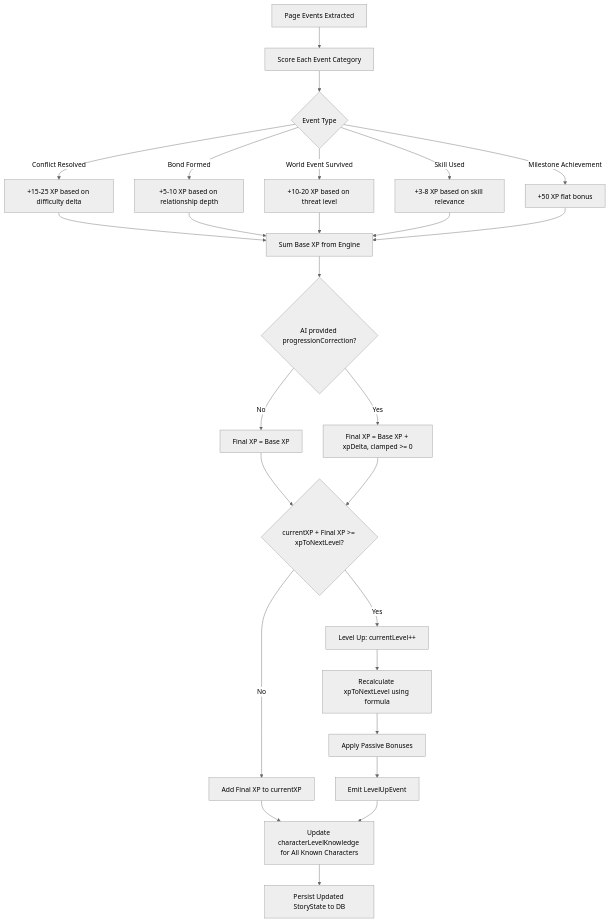
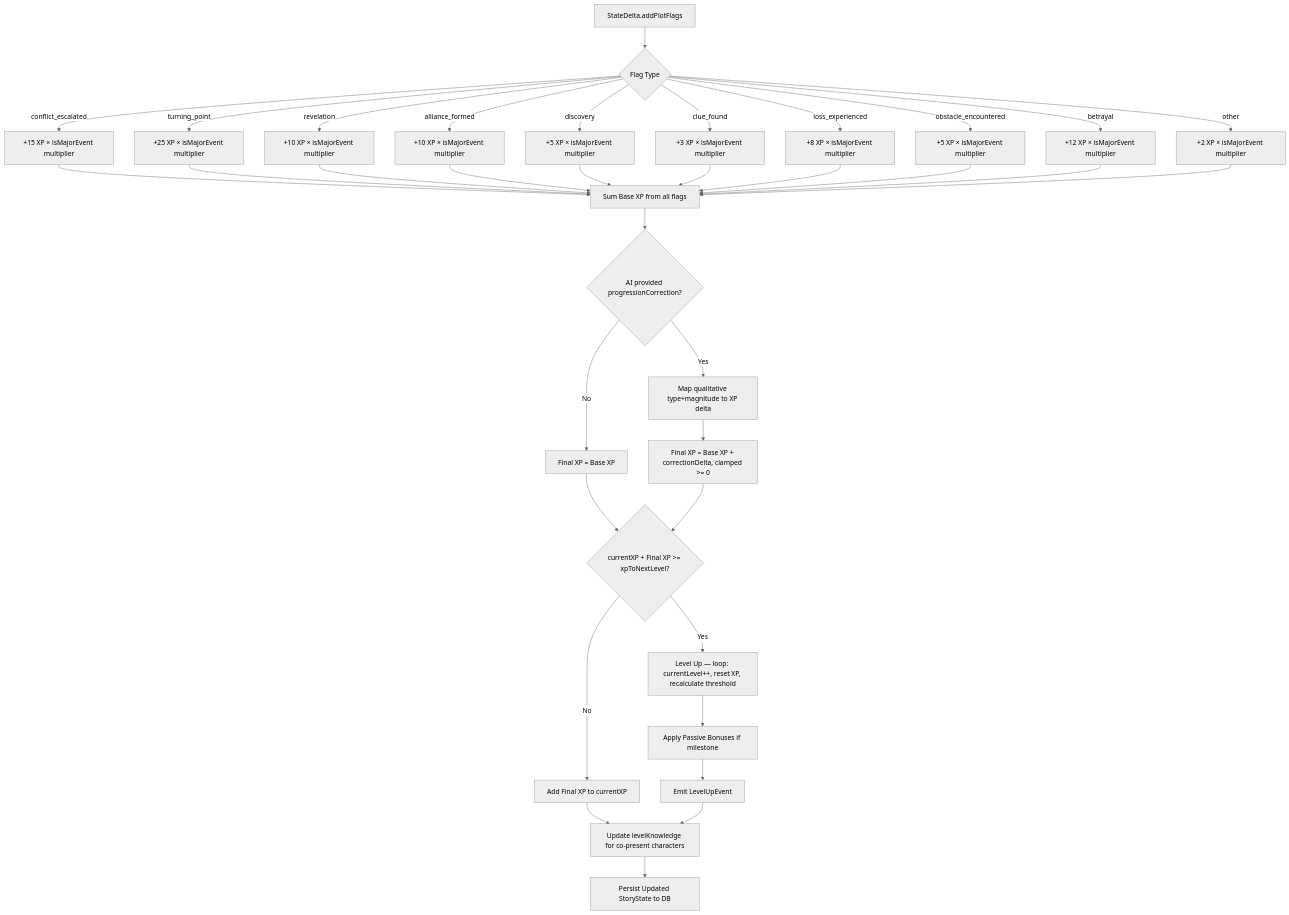
The second of 4 diagrams in docs/roadmap/CHARACTER_LEVELING_SYSTEM_ROADMAP.md (txufiknr/Twistloom-backend), drawn with Mermaid (neutral theme) before and after one commit. The commit also changed other lines of this file and 7 other files, not shown here.

````diff
--- a/docs/roadmap/CHARACTER_LEVELING_SYSTEM_ROADMAP.md
+++ b/docs/roadmap/CHARACTER_LEVELING_SYSTEM_ROADMAP.md
@@ -184,28 +207,37 @@
 ```mermaid
 flowchart TD
-    A[Page Events Extracted] --> B[Score Each Event Category]
-    B --> C{Event Type}
-    C -->|Conflict Resolved| D[+15-25 XP based on difficulty delta]
-    C -->|Bond Formed| E[+5-10 XP based on relationship depth]
-    C -->|World Event Survived| F[+10-20 XP based on threat level]
-    C -->|Skill Used| G[+3-8 XP based on skill relevance]
-    C -->|Milestone Achievement| H[+50 XP flat bonus]
-    D --> I[Sum Base XP from Engine]
-    E --> I
-    F --> I
-    G --> I
-    H --> I
-    I --> J{AI provided progressionCorrection?}
-    J -->|No| K[Final XP = Base XP]
-    J -->|Yes| L[Final XP = Base XP + xpDelta, clamped >= 0]
-    K --> M{currentXP + Final XP >= xpToNextLevel?}
+    A[StateDelta.addPlotFlags] --> B{Flag Type}
+    B -->|conflict_escalated| C[+15 XP × isMajorEvent multiplier]
+    B -->|turning_point| D[+25 XP × isMajorEvent multiplier]
+    B -->|revelation| E[+10 XP × isMajorEvent multiplier]
+    B -->|alliance_formed| F[+10 XP × isMajorEvent multiplier]
+    B -->|discovery| G[+5 XP × isMajorEvent multiplier]
+    B -->|clue_found| H[+3 XP × isMajorEvent multiplier]
+    B -->|loss_experienced| I[+8 XP × isMajorEvent multiplier]
+    B -->|obstacle_encountered| J[+5 XP × isMajorEvent multiplier]
+    B -->|betrayal| K[+12 XP × isMajorEvent multiplier]
+    B -->|other| L[+2 XP × isMajorEvent multiplier]
+    C --> M[Sum Base XP from all flags]
+    D --> M
+    E --> M
+    F --> M
+    G --> M
+    H --> M
+    I --> M
+    J --> M
+    K --> M
     L --> M
-    M -->|No| N[Add Final XP to currentXP]
-    M -->|Yes| O[Level Up: currentLevel++]
-    O --> P[Recalculate xpToNextLevel using formula]
-    P --> Q[Apply Passive Bonuses]
-    Q --> R[Emit LevelUpEvent]
-    N --> S[Update characterLevelKnowledge for All Known Characters]
-    R --> S
-    S --> T[Persist Updated StoryState to DB]
+    M --> N{AI provided progressionCorrection?}
+    N -->|No| O[Final XP = Base XP]
+    N -->|Yes| P[Map qualitative type+magnitude to XP delta]
+    P --> Q[Final XP = Base XP + correctionDelta, clamped >= 0]
+    O --> R{currentXP + Final XP >= xpToNextLevel?}
+    Q --> R
+    R -->|No| S[Add Final XP to currentXP]
+    R -->|Yes| T[Level Up — loop: currentLevel++, reset XP, recalculate threshold]
+    T --> U[Apply Passive Bonuses if milestone]
+    U --> V[Emit LevelUpEvent]
+    S --> W[Update levelKnowledge for co-present characters]
+    V --> W
+    W --> X[Persist Updated StoryState to DB]
 ```
````
